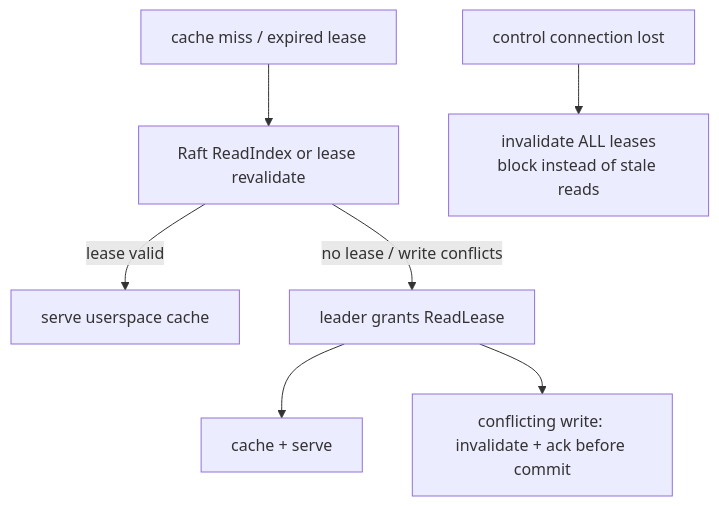
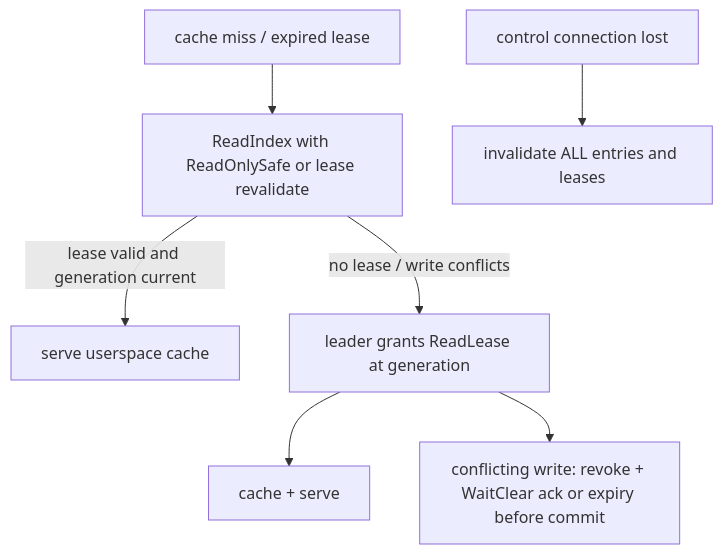
One commit to mohamedhabas11/syncfs changed the second of 2 diagrams in docs/architecture/index.md. Above: the diagram before and after it, drawn with Mermaid. The commit also changed other lines of this file and 27 other files, not shown here.

````diff
--- a/docs/architecture/index.md
+++ b/docs/architecture/index.md
@@ -134,9 +158,9 @@
 ```mermaid
 flowchart TD
-    Fresh[cache miss / expired lease] --> RI[Raft ReadIndex or lease revalidate]
-    RI -->|lease valid| Hit[serve userspace cache]
-    RI -->|no lease / write conflicts| Leader[leader grants ReadLease]
+    Fresh[cache miss / expired lease] --> RI[ReadIndex with ReadOnlySafe or lease revalidate]
+    RI -->|lease valid and generation current| Hit[serve userspace cache]
+    RI -->|no lease / write conflicts| Leader[leader grants ReadLease at generation]
     Leader --> Cached[cache + serve]
-    Leader --> Invalidate[conflicting write: invalidate + ack before commit]
-    Drop[control connection lost] --> DropAll[invalidate ALL leases<br/>block instead of stale reads]
+    Leader --> Invalidate[conflicting write: revoke + WaitClear ack or expiry before commit]
+    Drop[control connection lost] --> DropAll[invalidate ALL entries and leases]
 ```
````
